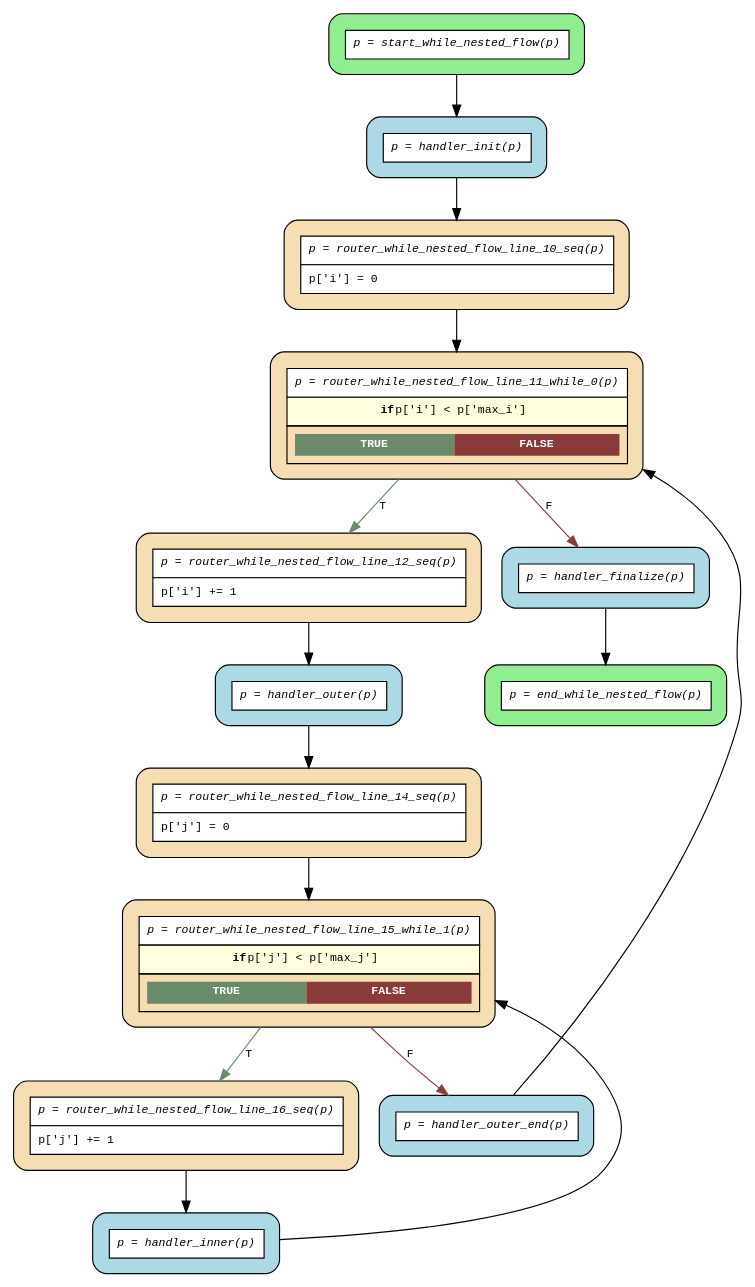
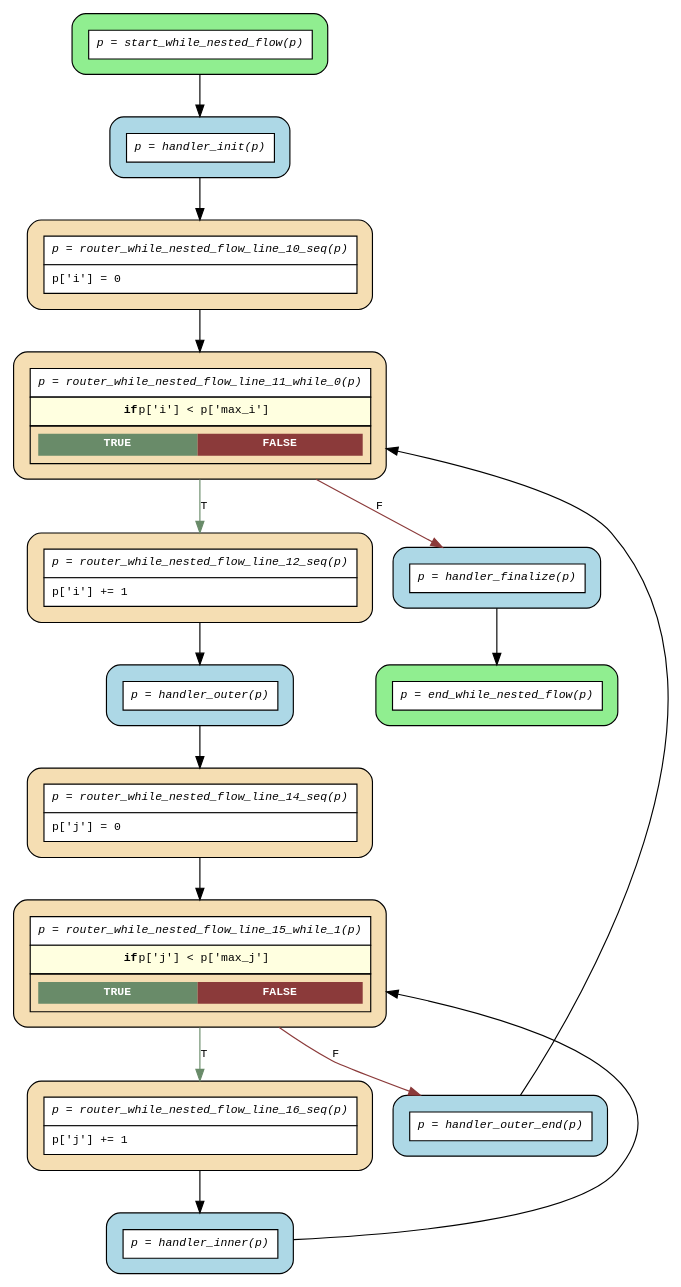
Before and after one commit to deliveryhero/asya: the diagram in examples/flows/compiled/while_nested/flow.dot, drawn with Graphviz. The commit also changed 71 other files, not shown here.

```diff
--- a/examples/flows/compiled/while_nested/flow.dot
+++ b/examples/flows/compiled/while_nested/flow.dot
@@ -1,35 +1,35 @@
 digraph flow {
   rankdir=TB;
   graph [fontname="Courier", fontsize=10];
   node [fontname="Courier", fontsize=10, shape=box, style="filled,rounded", margin="0.2"];
   edge [fontname="Courier", fontsize=10];
 
-  start_while_nested_flow [fillcolor="lightgreen", label=<<table border="0" cellspacing="0" cellpadding="6" cellborder="1"><tr><td bgcolor="white" align="center"><i>p = start_while_nested_flow(p)</i></td></tr></table>>];
-  router_while_nested_flow_line_16_seq [fillcolor="wheat", label=<<table border="0" cellspacing="0" cellpadding="6" cellborder="1"><tr><td bgcolor="white" align="center"><i>p = router_while_nested_flow_line_16_seq(p)</i></td></tr><tr><td bgcolor="white" align="left">p['j'] += 1</td></tr></table>>];
-  router_while_nested_flow_line_15_while_1 [fillcolor="wheat", label=<<table border="0" cellspacing="0" cellpadding="6" cellborder="1"><tr><td bgcolor="white" align="center"><i>p = router_while_nested_flow_line_15_while_1(p)</i></td></tr><tr><td bgcolor="lightyellow"><b>if</b> p['j'] &lt; p['max_j']</td></tr><tr><td><table border="0" cellspacing="0" cellpadding="4"><tr><td bgcolor="darkseagreen4"><font color="white"><b>TRUE</b></font></td><td bgcolor="indianred4"><font color="white"><b>FALSE</b></font></td></tr></table></td></tr></table>>];
-  router_while_nested_flow_line_14_seq [fillcolor="wheat", label=<<table border="0" cellspacing="0" cellpadding="6" cellborder="1"><tr><td bgcolor="white" align="center"><i>p = router_while_nested_flow_line_14_seq(p)</i></td></tr><tr><td bgcolor="white" align="left">p['j'] = 0</td></tr></table>>];
-  router_while_nested_flow_line_12_seq [fillcolor="wheat", label=<<table border="0" cellspacing="0" cellpadding="6" cellborder="1"><tr><td bgcolor="white" align="center"><i>p = router_while_nested_flow_line_12_seq(p)</i></td></tr><tr><td bgcolor="white" align="left">p['i'] += 1</td></tr></table>>];
-  router_while_nested_flow_line_11_while_0 [fillcolor="wheat", label=<<table border="0" cellspacing="0" cellpadding="6" cellborder="1"><tr><td bgcolor="white" align="center"><i>p = router_while_nested_flow_line_11_while_0(p)</i></td></tr><tr><td bgcolor="lightyellow"><b>if</b> p['i'] &lt; p['max_i']</td></tr><tr><td><table border="0" cellspacing="0" cellpadding="4"><tr><td bgcolor="darkseagreen4"><font color="white"><b>TRUE</b></font></td><td bgcolor="indianred4"><font color="white"><b>FALSE</b></font></td></tr></table></td></tr></table>>];
-  router_while_nested_flow_line_10_seq [fillcolor="wheat", label=<<table border="0" cellspacing="0" cellpadding="6" cellborder="1"><tr><td bgcolor="white" align="center"><i>p = router_while_nested_flow_line_10_seq(p)</i></td></tr><tr><td bgcolor="white" align="left">p['i'] = 0</td></tr></table>>];
-  end_while_nested_flow [fillcolor="lightgreen", label=<<table border="0" cellspacing="0" cellpadding="6" cellborder="1"><tr><td bgcolor="white" align="center"><i>p = end_while_nested_flow(p)</i></td></tr></table>>];
+  start_while_nested_flow [fillcolor="lightgreen", group="main", label=<<table border="0" cellspacing="0" cellpadding="6" cellborder="1"><tr><td bgcolor="white" align="center"><i>p = start_while_nested_flow(p)</i></td></tr></table>>];
+  router_while_nested_flow_line_16_seq [fillcolor="wheat", group="main", label=<<table border="0" cellspacing="0" cellpadding="6" cellborder="1"><tr><td bgcolor="white" align="center"><i>p = router_while_nested_flow_line_16_seq(p)</i></td></tr><tr><td bgcolor="white" align="left">p['j'] += 1</td></tr></table>>];
+  router_while_nested_flow_line_15_while_1 [fillcolor="wheat", group="main", label=<<table border="0" cellspacing="0" cellpadding="6" cellborder="1"><tr><td bgcolor="white" align="center"><i>p = router_while_nested_flow_line_15_while_1(p)</i></td></tr><tr><td bgcolor="lightyellow"><b>if</b> p['j'] &lt; p['max_j']</td></tr><tr><td><table border="0" cellspacing="0" cellpadding="4"><tr><td bgcolor="darkseagreen4"><font color="white"><b>TRUE</b></font></td><td bgcolor="indianred4"><font color="white"><b>FALSE</b></font></td></tr></table></td></tr></table>>];
+  router_while_nested_flow_line_14_seq [fillcolor="wheat", group="main", label=<<table border="0" cellspacing="0" cellpadding="6" cellborder="1"><tr><td bgcolor="white" align="center"><i>p = router_while_nested_flow_line_14_seq(p)</i></td></tr><tr><td bgcolor="white" align="left">p['j'] = 0</td></tr></table>>];
+  router_while_nested_flow_line_12_seq [fillcolor="wheat", group="main", label=<<table border="0" cellspacing="0" cellpadding="6" cellborder="1"><tr><td bgcolor="white" align="center"><i>p = router_while_nested_flow_line_12_seq(p)</i></td></tr><tr><td bgcolor="white" align="left">p['i'] += 1</td></tr></table>>];
+  router_while_nested_flow_line_11_while_0 [fillcolor="wheat", group="main", label=<<table border="0" cellspacing="0" cellpadding="6" cellborder="1"><tr><td bgcolor="white" align="center"><i>p = router_while_nested_flow_line_11_while_0(p)</i></td></tr><tr><td bgcolor="lightyellow"><b>if</b> p['i'] &lt; p['max_i']</td></tr><tr><td><table border="0" cellspacing="0" cellpadding="4"><tr><td bgcolor="darkseagreen4"><font color="white"><b>TRUE</b></font></td><td bgcolor="indianred4"><font color="white"><b>FALSE</b></font></td></tr></table></td></tr></table>>];
+  router_while_nested_flow_line_10_seq [fillcolor="wheat", group="main", label=<<table border="0" cellspacing="0" cellpadding="6" cellborder="1"><tr><td bgcolor="white" align="center"><i>p = router_while_nested_flow_line_10_seq(p)</i></td></tr><tr><td bgcolor="white" align="left">p['i'] = 0</td></tr></table>>];
+  end_while_nested_flow [fillcolor="lightgreen", group="main", label=<<table border="0" cellspacing="0" cellpadding="6" cellborder="1"><tr><td bgcolor="white" align="center"><i>p = end_while_nested_flow(p)</i></td></tr></table>>];
   handler_finalize [fillcolor="lightblue", label=<<table border="0" cellspacing="0" cellpadding="6" cellborder="1"><tr><td bgcolor="white" align="center"><i>p = handler_finalize(p)</i></td></tr></table>>];
   handler_init [fillcolor="lightblue", label=<<table border="0" cellspacing="0" cellpadding="6" cellborder="1"><tr><td bgcolor="white" align="center"><i>p = handler_init(p)</i></td></tr></table>>];
   handler_inner [fillcolor="lightblue", label=<<table border="0" cellspacing="0" cellpadding="6" cellborder="1"><tr><td bgcolor="white" align="center"><i>p = handler_inner(p)</i></td></tr></table>>];
   handler_outer [fillcolor="lightblue", label=<<table border="0" cellspacing="0" cellpadding="6" cellborder="1"><tr><td bgcolor="white" align="center"><i>p = handler_outer(p)</i></td></tr></table>>];
   handler_outer_end [fillcolor="lightblue", label=<<table border="0" cellspacing="0" cellpadding="6" cellborder="1"><tr><td bgcolor="white" align="center"><i>p = handler_outer_end(p)</i></td></tr></table>>];
 
   handler_finalize -> end_while_nested_flow;
   handler_init -> router_while_nested_flow_line_10_seq;
   handler_inner -> router_while_nested_flow_line_15_while_1 [constraint=false];
   handler_outer -> router_while_nested_flow_line_14_seq;
   handler_outer_end -> router_while_nested_flow_line_11_while_0 [constraint=false];
   router_while_nested_flow_line_10_seq -> router_while_nested_flow_line_11_while_0;
   router_while_nested_flow_line_11_while_0 -> handler_finalize [label="F", color=indianred4];
   router_while_nested_flow_line_11_while_0 -> router_while_nested_flow_line_12_seq [label="T", color=darkseagreen4];
   router_while_nested_flow_line_12_seq -> handler_outer;
   router_while_nested_flow_line_14_seq -> router_while_nested_flow_line_15_while_1;
   router_while_nested_flow_line_15_while_1 -> handler_outer_end [label="F", color=indianred4];
   router_while_nested_flow_line_15_while_1 -> router_while_nested_flow_line_16_seq [label="T", color=darkseagreen4];
   router_while_nested_flow_line_16_seq -> handler_inner;
   start_while_nested_flow -> handler_init;
 }
```
